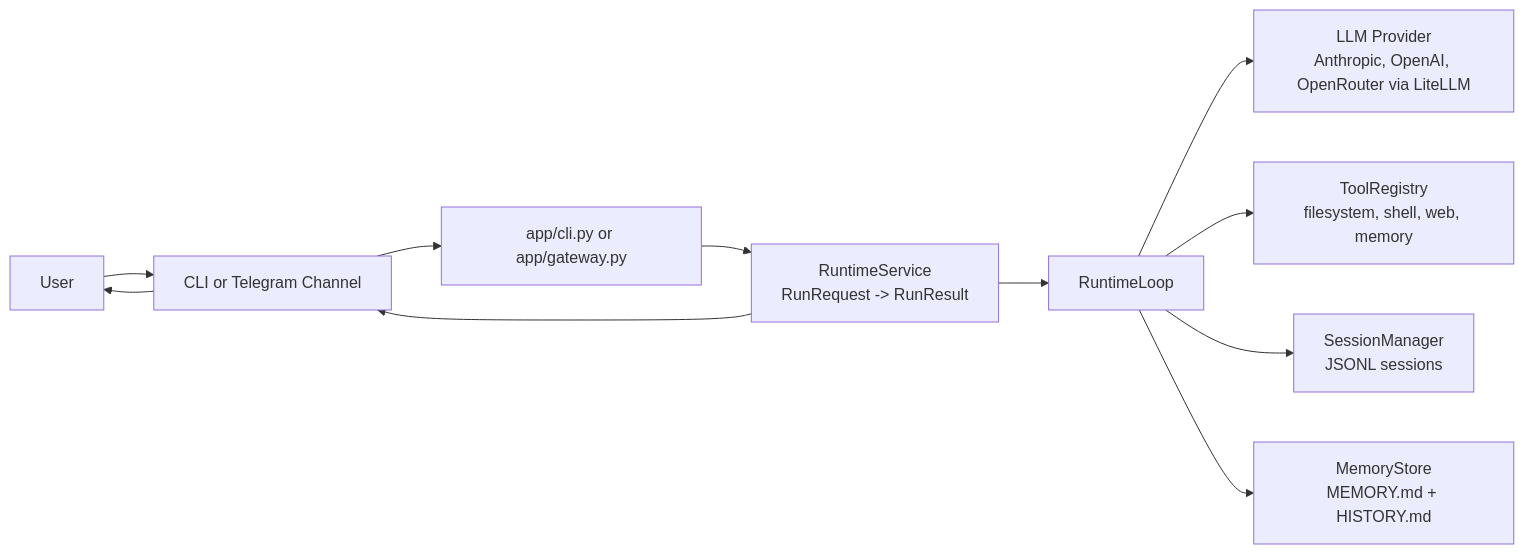
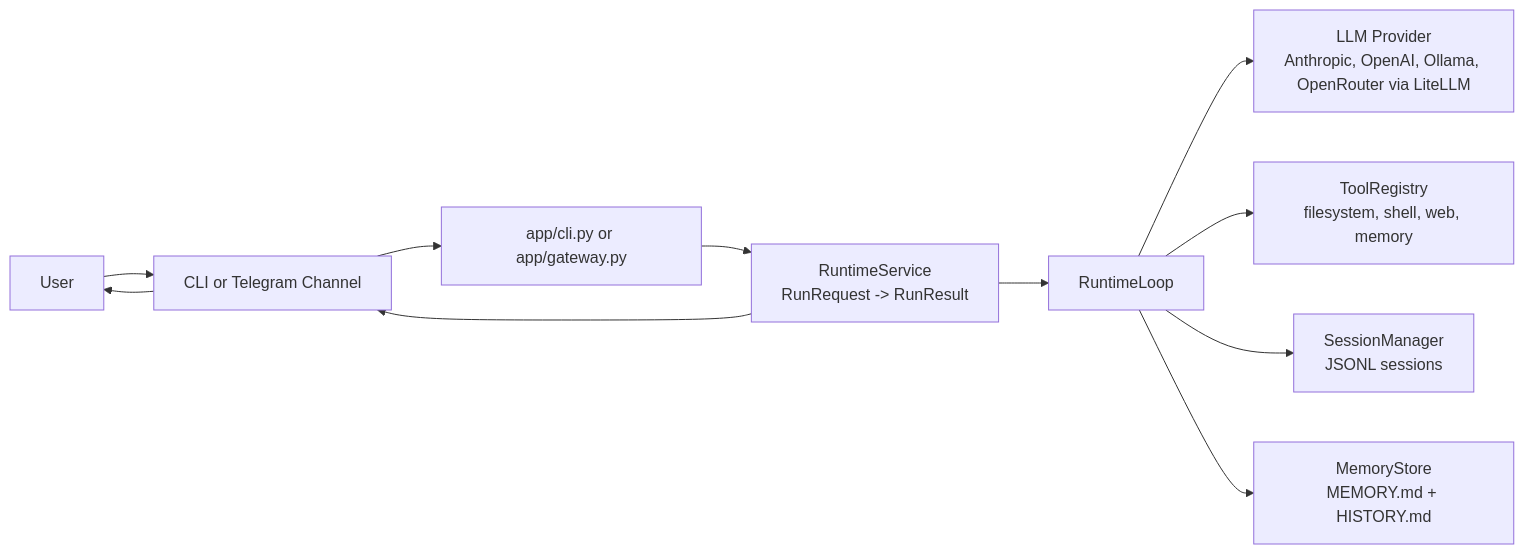
The diagram in README.md (milescole/sideclaw), drawn with Mermaid before and after one commit. The commit also changed other lines of this file and 7 other files, not shown here.

Commit message:
feat(providers): add Ollama provider for local model inference

````diff
--- a/README.md
+++ b/README.md
@@ -29,13 +29,13 @@
 ```mermaid
 flowchart LR
     U[User] --> C[CLI or Telegram Channel]
     C --> APP[app/cli.py or app/gateway.py]
     APP --> R[RuntimeService<br/>RunRequest -> RunResult]
     R --> A[RuntimeLoop]
-    A --> P[LLM Provider<br/>Anthropic, OpenAI, OpenRouter via LiteLLM]
+    A --> P[LLM Provider<br/>Anthropic, OpenAI, Ollama, OpenRouter via LiteLLM]
     A --> T[ToolRegistry<br/>filesystem, shell, web, memory]
     A --> S[SessionManager<br/>JSONL sessions]
     A --> M[MemoryStore<br/>MEMORY.md + HISTORY.md]
     R --> C
     C --> U
 ```
````
